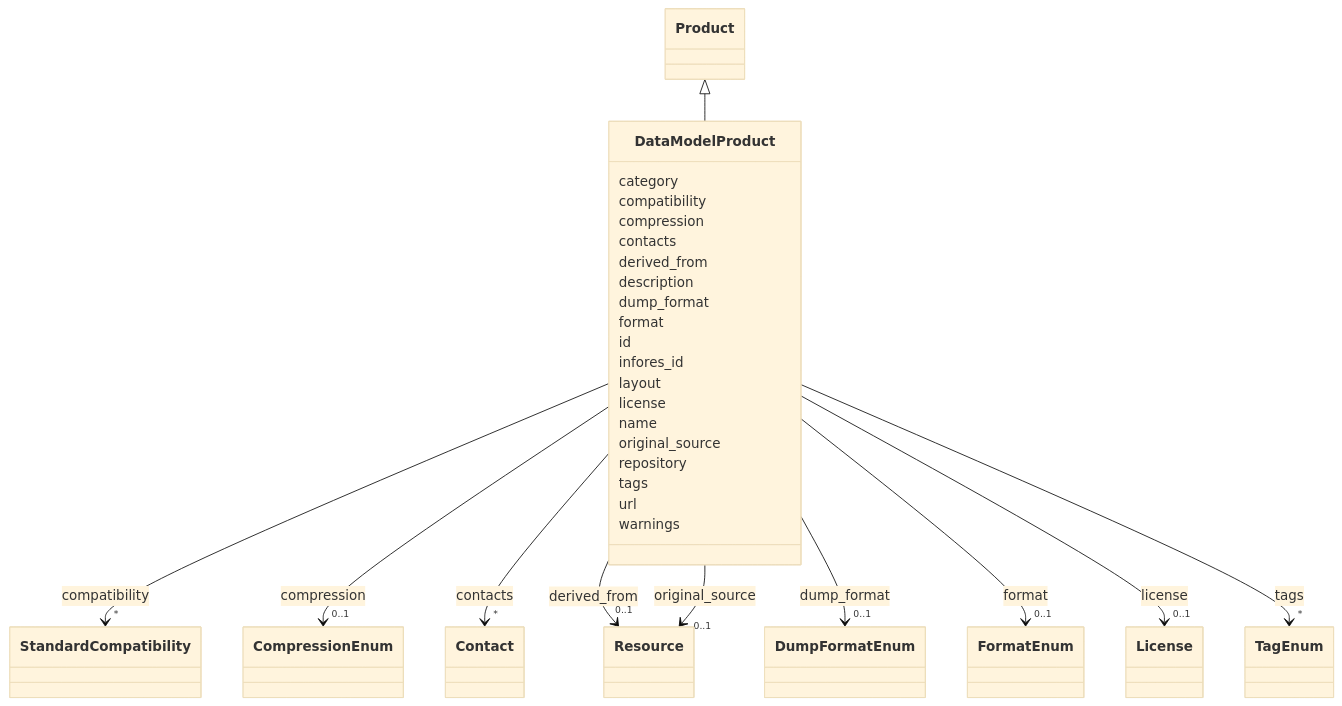
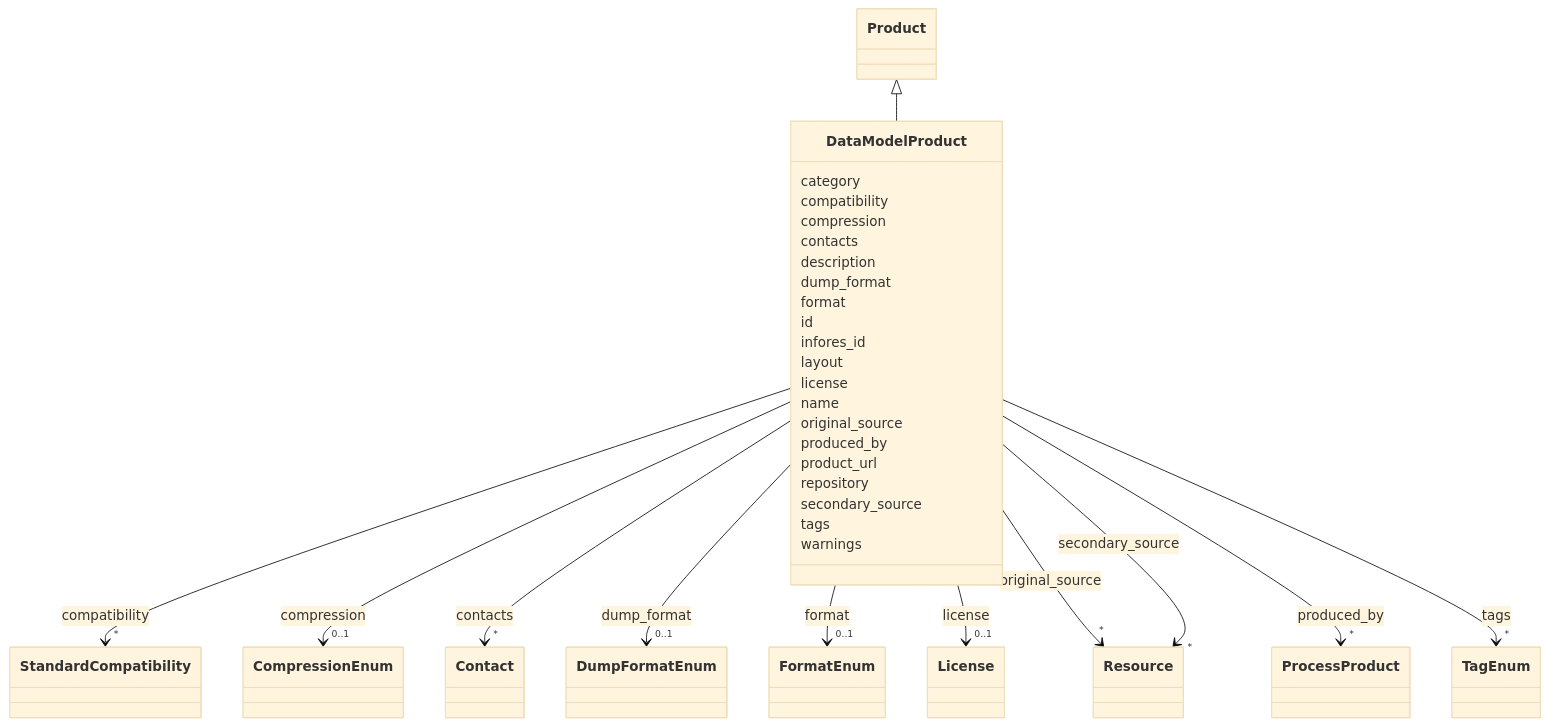
Before and after one commit to Knowledge-Graph-Hub/kg-registry: the diagram in docs/schema/DataModelProduct.md, drawn with Mermaid (base theme). The commit also changed other lines of this file and 56 other files, not shown here.

```diff
--- a/docs/schema/DataModelProduct.md
+++ b/docs/schema/DataModelProduct.md
@@ -55,15 +55,6 @@
     
     DataModelProduct --> "*" Contact : contacts
     click Contact href "Contact.html"
-
-        
-      DataModelProduct : derived_from
-        
-          
-    
-    
-    DataModelProduct --> "0..1" Resource : derived_from
-    click Resource href "Resource.html"
 
         
       DataModelProduct : description
@@ -108,11 +99,31 @@
           
     
     
-    DataModelProduct --> "0..1" Resource : original_source
+    DataModelProduct --> "*" Resource : original_source
     click Resource href "Resource.html"
 
         
+      DataModelProduct : produced_by
+        
+          
+    
+    
+    DataModelProduct --> "*" ProcessProduct : produced_by
+    click ProcessProduct href "ProcessProduct.html"
+
+        
+      DataModelProduct : product_url
+        
       DataModelProduct : repository
+        
+      DataModelProduct : secondary_source
+        
+          
+    
+    
+    DataModelProduct --> "*" Resource : secondary_source
+    click Resource href "Resource.html"
+
         
       DataModelProduct : tags
         
@@ -123,8 +134,6 @@
     click TagEnum href "TagEnum.html"
 
         
-      DataModelProduct : url
-        
       DataModelProduct : warnings
         
       
```
